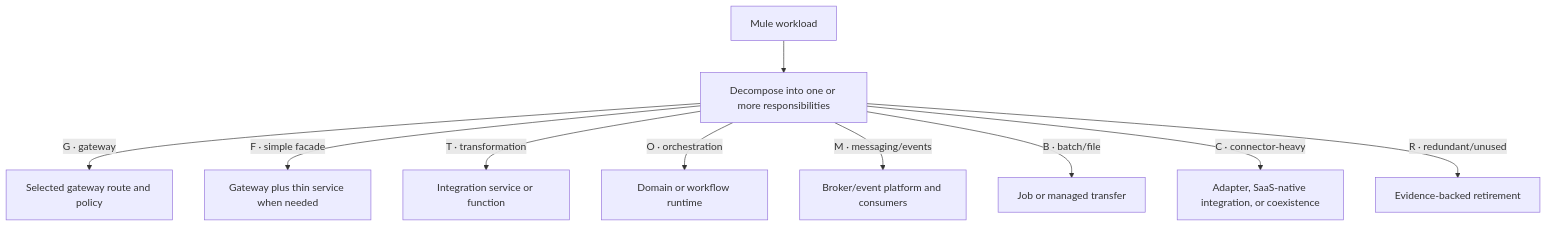
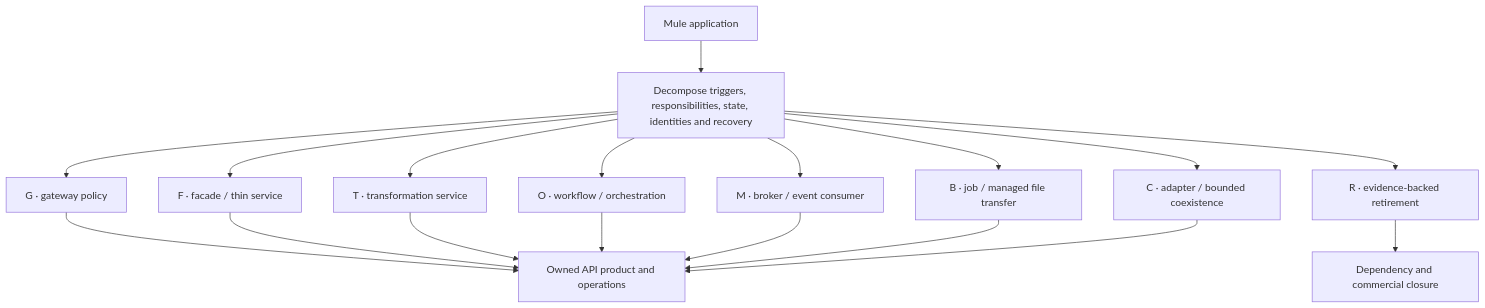
The second of 6 diagrams in docs/35-mule-migration-strategy.md (tomqwu/apim), drawn with Mermaid before and after one commit. The commit also changed other lines of this file and 85 other files, not shown here.

Commit message:
Deepen API management studies and decision evidence

````diff
--- a/docs/35-mule-migration-strategy.md
+++ b/docs/35-mule-migration-strategy.md
@@ -17,12 +91,20 @@
 ```mermaid
 flowchart TD
-  W["Mule workload"] --> D["Decompose into one or more responsibilities"]
-  D -->|"G · gateway"| G["Selected gateway route and policy"]
-  D -->|"F · simple facade"| F["Gateway plus thin service when needed"]
-  D -->|"T · transformation"| T["Integration service or function"]
-  D -->|"O · orchestration"| O["Domain or workflow runtime"]
-  D -->|"M · messaging/events"| M["Broker/event platform and consumers"]
-  D -->|"B · batch/file"| B["Job or managed transfer"]
-  D -->|"C · connector-heavy"| C["Adapter, SaaS-native integration, or coexistence"]
-  D -->|"R · redundant/unused"| R["Evidence-backed retirement"]
+  W["Mule application"] --> D["Decompose triggers, responsibilities, state, identities and recovery"]
+  D --> G["G · gateway policy"]
+  D --> F["F · facade / thin service"]
+  D --> T["T · transformation service"]
+  D --> O["O · workflow / orchestration"]
+  D --> M["M · broker / event consumer"]
+  D --> B["B · job / managed file transfer"]
+  D --> C["C · adapter / bounded coexistence"]
+  D --> R["R · evidence-backed retirement"]
+  G --> PROD["Owned API product and operations"]
+  F --> PROD
+  T --> PROD
+  O --> PROD
+  M --> PROD
+  B --> PROD
+  C --> PROD
+  R --> CLOSE["Dependency and commercial closure"]
 ```
````
